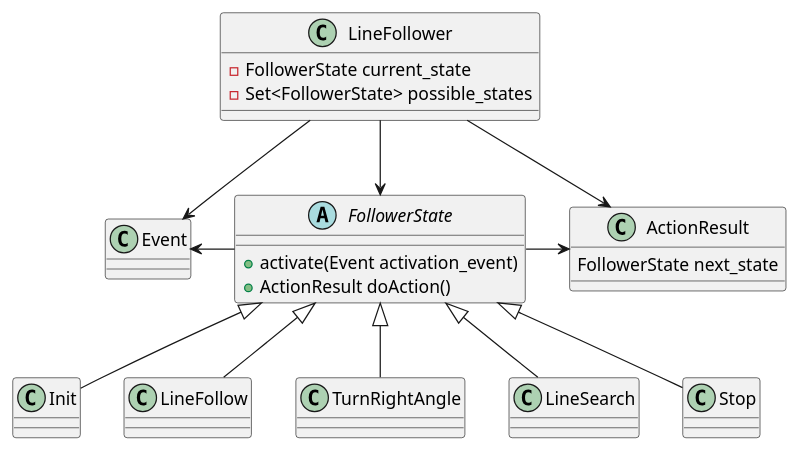
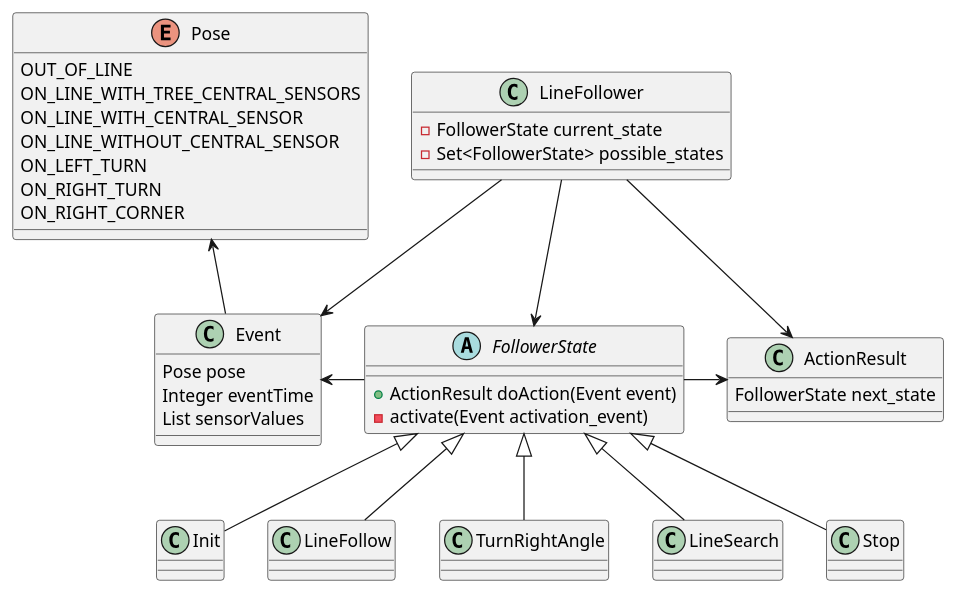
One commit to makarov-na/alpha-bot2 changed the diagram in doc/follower_class_diagram.puml. Above: the diagram before and after it, drawn with PlantUML.

Commit message:
#16 Class diagram for new algoritm with state machine

```diff
--- a/doc/follower_class_diagram.puml
+++ b/doc/follower_class_diagram.puml
@@ -1,33 +1,48 @@
 @startuml
 
 class LineFollower {
     -FollowerState current_state
     -Set<FollowerState> possible_states
 }
 
 abstract class FollowerState{
-    +activate(Event activation_event)
-    +ActionResult doAction()
+    +ActionResult doAction(Event event)
+    -activate(Event activation_event)
 }
 
 FollowerState<|-- Init
 FollowerState<|-- LineFollow
 FollowerState<|-- TurnRightAngle
 FollowerState<|-- LineSearch
 FollowerState<|-- Stop
 
 class ActionResult {
     FollowerState next_state
 }
 
+enum Pose {
+    OUT_OF_LINE
+    ON_LINE_WITH_TREE_CENTRAL_SENSORS
+    ON_LINE_WITH_CENTRAL_SENSOR
+    ON_LINE_WITHOUT_CENTRAL_SENSOR
+    ON_LEFT_TURN
+    ON_RIGHT_TURN
+    ON_RIGHT_CORNER
+}
+
+class Event {
+    Pose pose
+    Integer eventTime
+    List sensorValues
+}
 
 LineFollower --> ActionResult
 FollowerState -> ActionResult
-Event <- FollowerState
+FollowerState -left-> Event
 LineFollower  --> Event
-
-LineFollower --> FollowerState
+Event -up-> Pose
+LineFollower -down-> FollowerState
 
 
 
 @enduml
```
